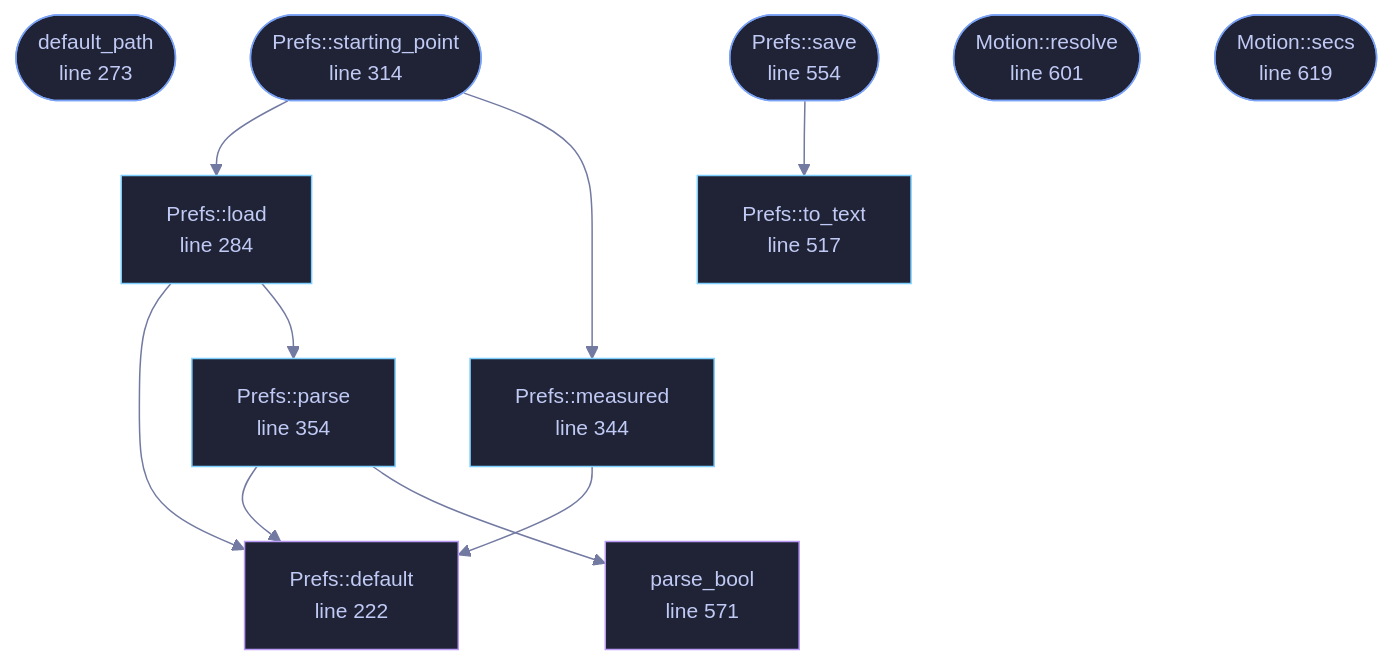
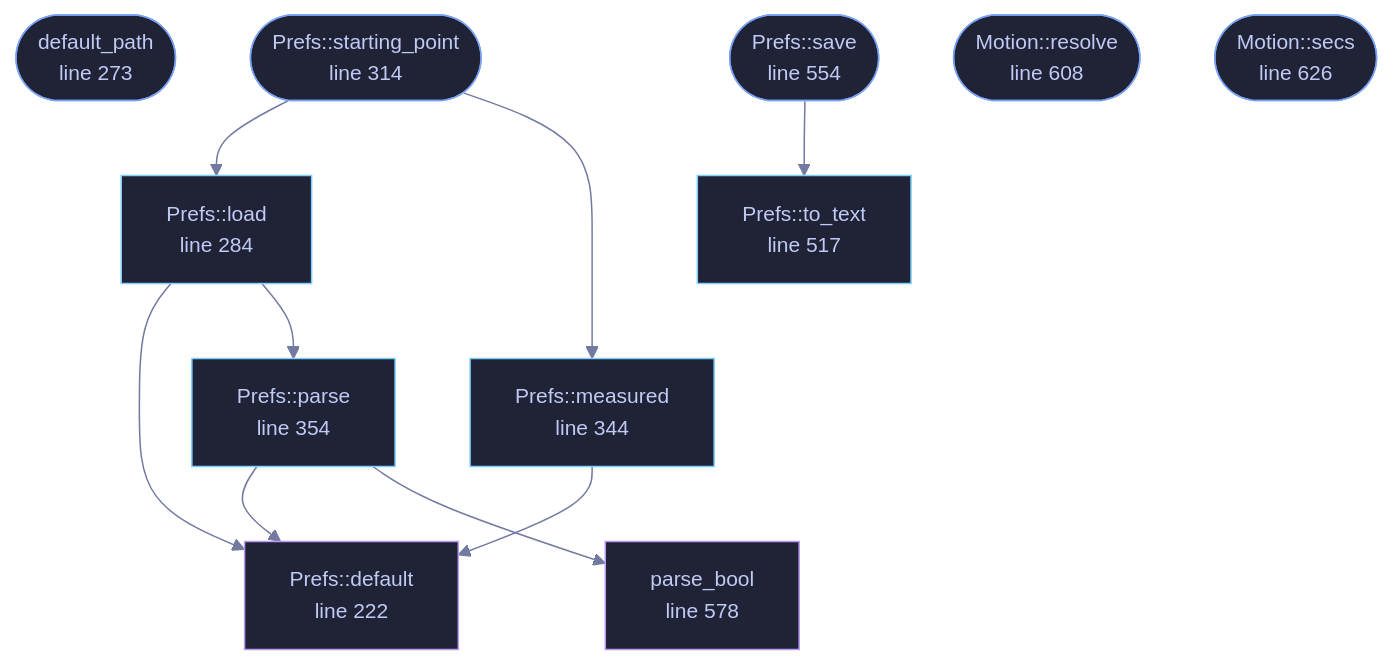
One commit to tilas01/veilvoice changed the diagram in docs/files/veilvoice-gui/prefs.md. Above: the diagram before and after it, drawn with Mermaid. The commit also changed other lines of this file and 96 other files, not shown here.

````diff
--- a/docs/files/veilvoice-gui/prefs.md
+++ b/docs/files/veilvoice-gui/prefs.md
@@ -136,40 +136,40 @@
 ```mermaid
 %%{init: {"theme":"base","themeVariables":{"background":"#1a1b26","primaryColor":"#1f2335","primaryTextColor":"#c0caf5","primaryBorderColor":"#7aa2f7","secondaryColor":"#16161e","tertiaryColor":"#16161e","lineColor":"#737aa2","textColor":"#c0caf5","mainBkg":"#1f2335","nodeBorder":"#7aa2f7","clusterBkg":"#16161e","clusterBorder":"#2f3549","fontFamily":"ui-monospace, SFMono-Regular, Consolas, monospace","fontSize":"14px"}}}%%
 flowchart TD
     n_default["Prefs::default<br/>line 222"]
     n_default_path(["default_path<br/>line 273"])
     n_load["Prefs::load<br/>line 284"]
     n_starting_point(["Prefs::starting_point<br/>line 314"])
     n_measured["Prefs::measured<br/>line 344"]
     n_parse["Prefs::parse<br/>line 354"]
     n_to_text["Prefs::to_text<br/>line 517"]
     n_save(["Prefs::save<br/>line 554"])
-    n_parse_bool["parse_bool<br/>line 571"]
-    n_resolve(["Motion::resolve<br/>line 601"])
-    n_secs(["Motion::secs<br/>line 619"])
+    n_parse_bool["parse_bool<br/>line 578"]
+    n_resolve(["Motion::resolve<br/>line 608"])
+    n_secs(["Motion::secs<br/>line 626"])
     n_load --> n_default
     n_load --> n_parse
     n_measured --> n_default
     n_parse --> n_default
     n_parse --> n_parse_bool
     n_save --> n_to_text
     n_starting_point --> n_load
     n_starting_point --> n_measured
     click n_default href "https://github.com/tilas01/veilvoice/blob/main/crates/veilvoice-gui/src/prefs.rs#L222" "open the source"
     click n_default_path href "https://github.com/tilas01/veilvoice/blob/main/crates/veilvoice-gui/src/prefs.rs#L273" "open the source"
     click n_load href "https://github.com/tilas01/veilvoice/blob/main/crates/veilvoice-gui/src/prefs.rs#L284" "open the source"
     click n_starting_point href "https://github.com/tilas01/veilvoice/blob/main/crates/veilvoice-gui/src/prefs.rs#L314" "open the source"
     click n_measured href "https://github.com/tilas01/veilvoice/blob/main/crates/veilvoice-gui/src/prefs.rs#L344" "open the source"
     click n_parse href "https://github.com/tilas01/veilvoice/blob/main/crates/veilvoice-gui/src/prefs.rs#L354" "open the source"
     click n_to_text href "https://github.com/tilas01/veilvoice/blob/main/crates/veilvoice-gui/src/prefs.rs#L517" "open the source"
     click n_save href "https://github.com/tilas01/veilvoice/blob/main/crates/veilvoice-gui/src/prefs.rs#L554" "open the source"
-    click n_parse_bool href "https://github.com/tilas01/veilvoice/blob/main/crates/veilvoice-gui/src/prefs.rs#L571" "open the source"
-    click n_resolve href "https://github.com/tilas01/veilvoice/blob/main/crates/veilvoice-gui/src/prefs.rs#L601" "open the source"
-    click n_secs href "https://github.com/tilas01/veilvoice/blob/main/crates/veilvoice-gui/src/prefs.rs#L619" "open the source"
+    click n_parse_bool href "https://github.com/tilas01/veilvoice/blob/main/crates/veilvoice-gui/src/prefs.rs#L578" "open the source"
+    click n_resolve href "https://github.com/tilas01/veilvoice/blob/main/crates/veilvoice-gui/src/prefs.rs#L608" "open the source"
+    click n_secs href "https://github.com/tilas01/veilvoice/blob/main/crates/veilvoice-gui/src/prefs.rs#L626" "open the source"
     classDef entry fill:#1f2335,stroke:#7aa2f7,color:#c0caf5
     class n_default_path,n_starting_point,n_save,n_resolve,n_secs entry
     classDef api fill:#1f2335,stroke:#7dcfff,color:#c0caf5
     class n_load,n_measured,n_parse,n_to_text api
     classDef helper fill:#1f2335,stroke:#bb9af7,color:#c0caf5
     class n_default,n_parse_bool helper
 ```
````
